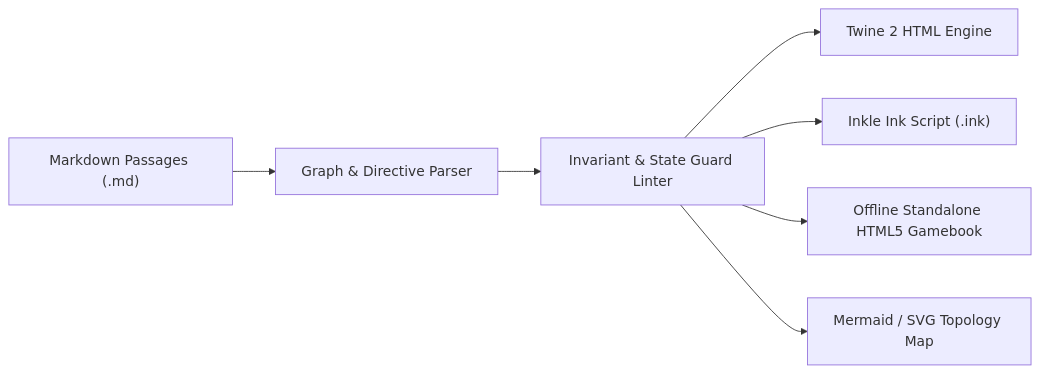
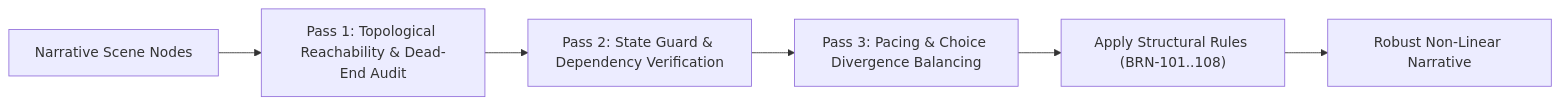
Before and after one commit to aryansinghnagar/Ars-Arcanum: the third of 4 diagrams in docs/BRANCHING_GRAPH.md, drawn with Mermaid. The commit also changed other lines of this file and 12 other files, not shown here.

````diff
--- a/docs/BRANCHING_GRAPH.md
+++ b/docs/BRANCHING_GRAPH.md
@@ -166,10 +157,8 @@
 ```mermaid
 flowchart LR
-    Source["Markdown Passages (.md)"] --> GraphParser["Graph & Directive Parser"]
-    GraphParser --> Validator["Invariant & State Guard Linter"]
-    
-    Validator --> TwineOut["Twine 2 HTML Engine"]
-    Validator --> InkOut["Inkle Ink Script (.ink)"]
-    Validator --> WebBook["Offline Standalone HTML5 Gamebook"]
-    Validator --> DotSVG["Mermaid / SVG Topology Map"]
+    Nodes["Narrative Scene Nodes"] --> TopologyAudit["Pass 1: Topological Reachability & Dead-End Audit"]
+    TopologyAudit --> StateAudit["Pass 2: State Guard & Dependency Verification"]
+    StateAudit --> AgencyAudit["Pass 3: Pacing & Choice Divergence Balancing"]
+    AgencyAudit --> Rubric["Apply Structural Rules (BRN-101..108)"]
+    Rubric --> MasterGraph["Robust Non-Linear Narrative"]
 ```
````
